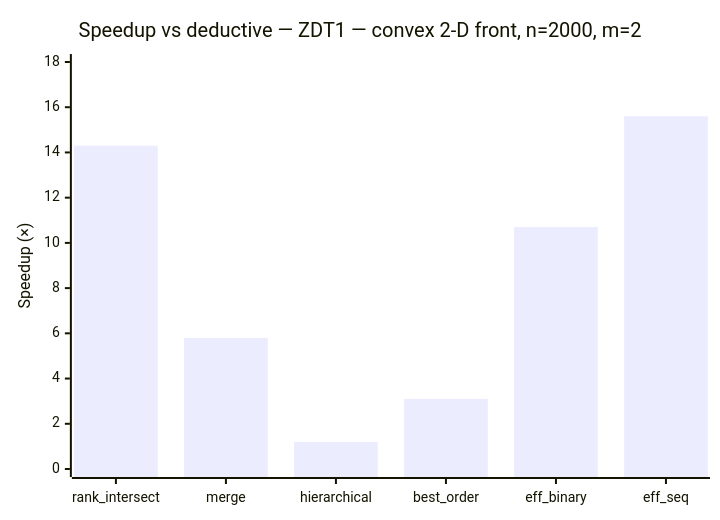
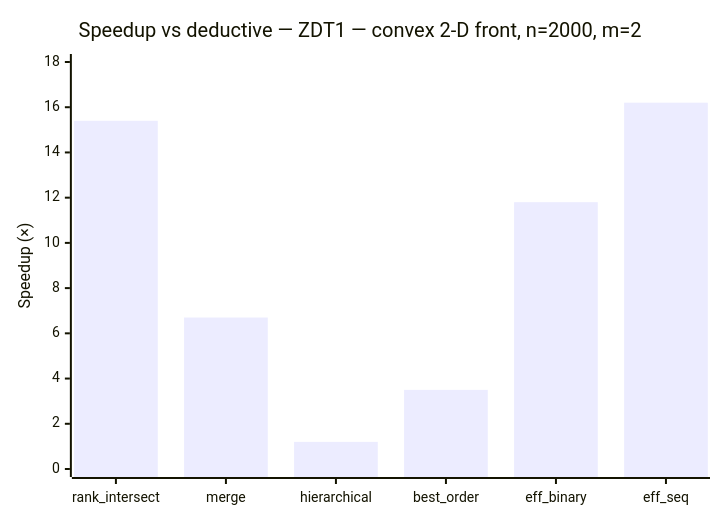
The seventh of 8 diagrams in BENCHMARKS.md (foolnotion/ndsort), drawn with Mermaid before and after one commit. The commit also changed other lines of this file and 13 other files, not shown here.

````diff
--- a/BENCHMARKS.md
+++ b/BENCHMARKS.md
@@ -189,7 +189,7 @@
 ```mermaid
 xychart-beta
     title "Speedup vs deductive — ZDT1 — convex 2-D front, n=2000, m=2"
     x-axis ["rank_intersect", "merge", "hierarchical", "best_order", "eff_binary", "eff_seq"]
     y-axis "Speedup (×)" 0 --> 18
-    bar [14.3, 5.8, 1.2, 3.1, 10.7, 15.6]
+    bar [15.4, 6.7, 1.2, 3.5, 11.8, 16.2]
 ```
````
